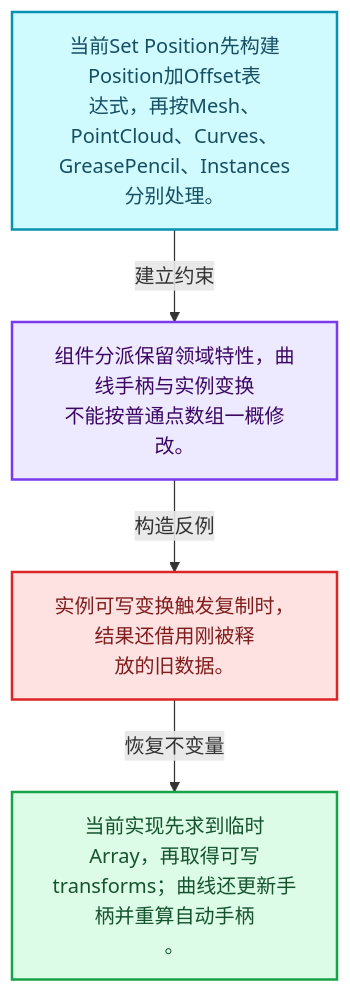
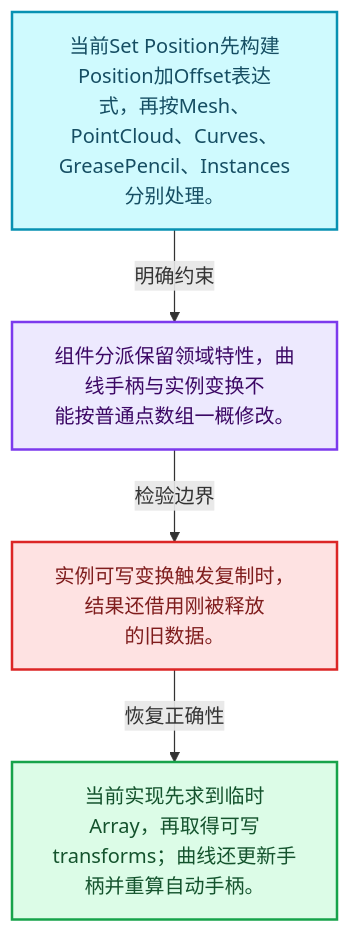
The first of 4 diagrams in 杂/markdown/全面学习-codex/08-Field表达式与求值/11-SetPosition完整调用链.md (yunkezengren/blender-.vscode), drawn with Mermaid before and after one commit. The commit also changed other lines of this file and 1930 other files, not shown here.

````diff
--- a/杂/markdown/全面学习-codex/08-Field表达式与求值/11-SetPosition完整调用链.md
+++ b/杂/markdown/全面学习-codex/08-Field表达式与求值/11-SetPosition完整调用链.md
@@ -29,16 +29,16 @@
 ```mermaid
 flowchart TB
-  M["当前Set Position先构建Position加Offset表<br/>达式，再按Mesh、PointCloud、Curves、<br/>GreasePencil、Instances分别处理。"]:::data
-  T["组件分派保留领域特性，曲线手柄与实例变换<br/>不能按普通点数组一概修改。"]:::abstraction
-  X["实例可写变换触发复制时，结果还借用刚被释<br/>放的旧数据。"]:::error
-  A["当前实现先求到临时Array，再取得可写<br/>transforms；曲线还更新手柄并重算自动手柄<br/>。"]:::result
-  M -->|"建立约束"| T
-  T -->|"构造反例"| X
-  X -->|"恢复不变量"| A
+  M["当前Set Position先构建Position加Offset表达<br/>式，再按Mesh、PointCloud、Curves、<br/>GreasePencil、Instances分别处理。"]:::data
+  C["组件分派保留领域特性，曲线手柄与实例变换不<br/>能按普通点数组一概修改。"]:::abstraction
+  B["实例可写变换触发复制时，结果还借用刚被释放<br/>的旧数据。"]:::error
+  R["当前实现先求到临时Array，再取得可写<br/>transforms；曲线还更新手柄并重算自动手柄。"]:::result
+  M -->|"明确约束"| C
+  C -->|"检验边界"| B
+  B -->|"恢复正确性"| R
   classDef input fill:#DBEAFE,stroke:#2563EB,color:#172554,stroke-width:2px;
   classDef data fill:#CFFAFE,stroke:#0891B2,color:#164E63,stroke-width:2px;
   classDef abstraction fill:#EDE9FE,stroke:#7C3AED,color:#3B0764,stroke-width:2px;
   classDef compute fill:#FEF3C7,stroke:#D97706,color:#78350F,stroke-width:2px;
   classDef result fill:#DCFCE7,stroke:#16A34A,color:#14532D,stroke-width:2px;
   classDef error fill:#FEE2E2,stroke:#DC2626,color:#7F1D1D,stroke-width:2px;
 ```
````
